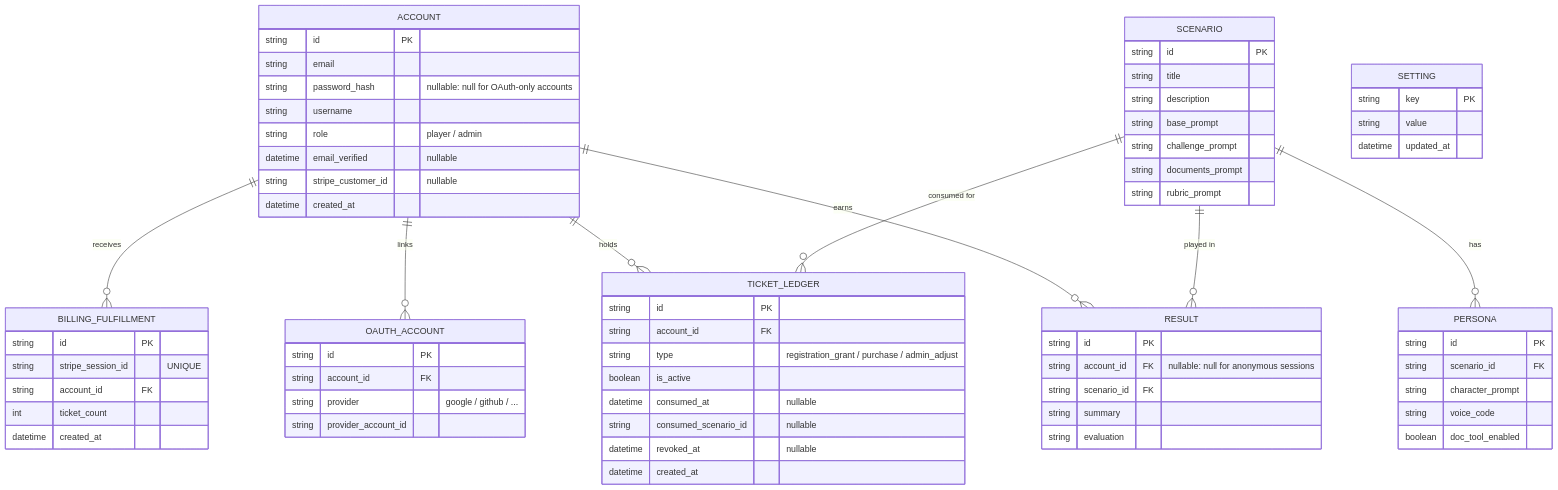
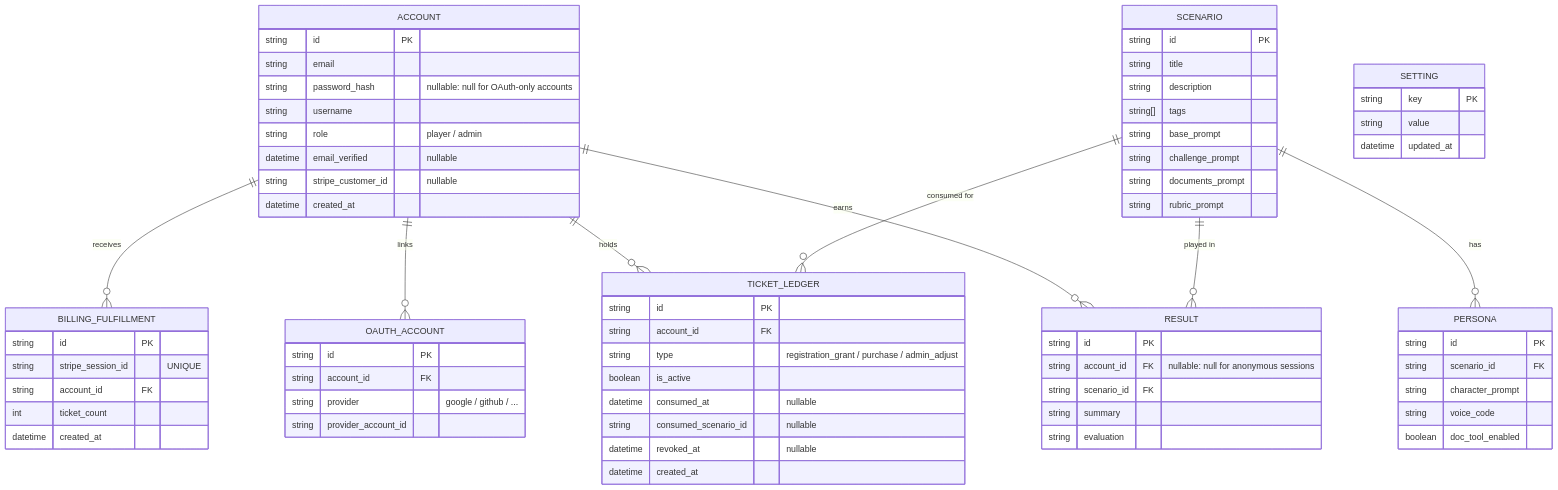
The diagram in docs/architecture/data-model.md (studymeter/sparr), drawn with Mermaid before and after one commit. The commit also changed other lines of this file and 11 other files, not shown here.

````diff
--- a/docs/architecture/data-model.md
+++ b/docs/architecture/data-model.md
@@ -9,72 +9,73 @@
 ```mermaid
 erDiagram
   ACCOUNT ||--o{ RESULT : earns
   ACCOUNT ||--o{ OAUTH_ACCOUNT : "links"
   ACCOUNT ||--o{ TICKET_LEDGER : holds
   ACCOUNT ||--o{ BILLING_FULFILLMENT : receives
   SCENARIO ||--o{ RESULT : "played in"
   SCENARIO ||--o{ PERSONA : "has"
   SCENARIO ||--o{ TICKET_LEDGER : "consumed for"
 
   ACCOUNT {
     string id PK
     string email
     string password_hash "nullable: null for OAuth-only accounts"
     string username
     string role "player / admin"
     datetime email_verified "nullable"
     string stripe_customer_id "nullable"
     datetime created_at
   }
   OAUTH_ACCOUNT {
     string id PK
     string account_id FK
     string provider "google / github / ..."
     string provider_account_id
   }
   SCENARIO {
     string id PK
     string title
     string description
+    string[] tags
     string base_prompt
     string challenge_prompt
     string documents_prompt
     string rubric_prompt
   }
   PERSONA {
     string id PK
     string scenario_id FK
     string character_prompt
     string voice_code
     boolean doc_tool_enabled
   }
   RESULT {
     string id PK
     string account_id FK "nullable: null for anonymous sessions"
     string scenario_id FK
     string summary
     string evaluation
   }
   SETTING {
     string key PK
     string value
     datetime updated_at
   }
   TICKET_LEDGER {
     string id PK
     string account_id FK
     string type "registration_grant / purchase / admin_adjust"
     boolean is_active
     datetime consumed_at "nullable"
     string consumed_scenario_id "nullable"
     datetime revoked_at "nullable"
     datetime created_at
   }
   BILLING_FULFILLMENT {
     string id PK
     string stripe_session_id "UNIQUE"
     string account_id FK
     int ticket_count
     datetime created_at
   }
 ```
````
